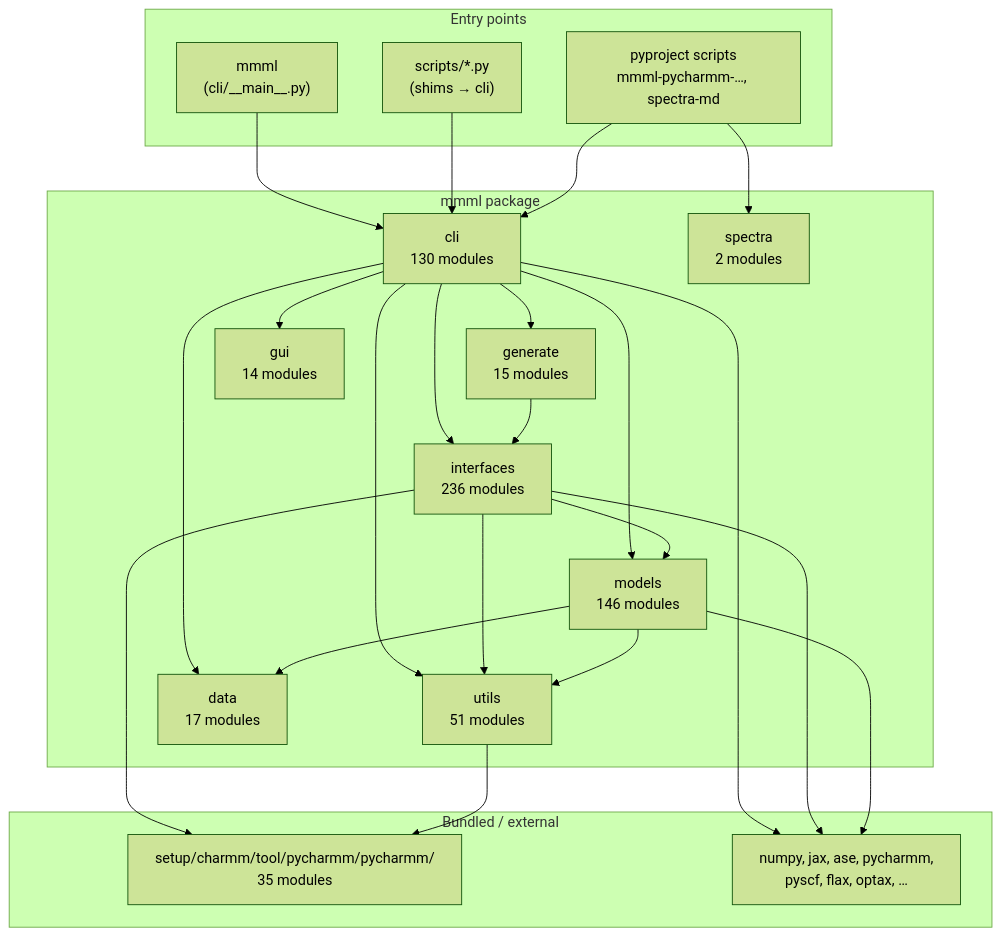
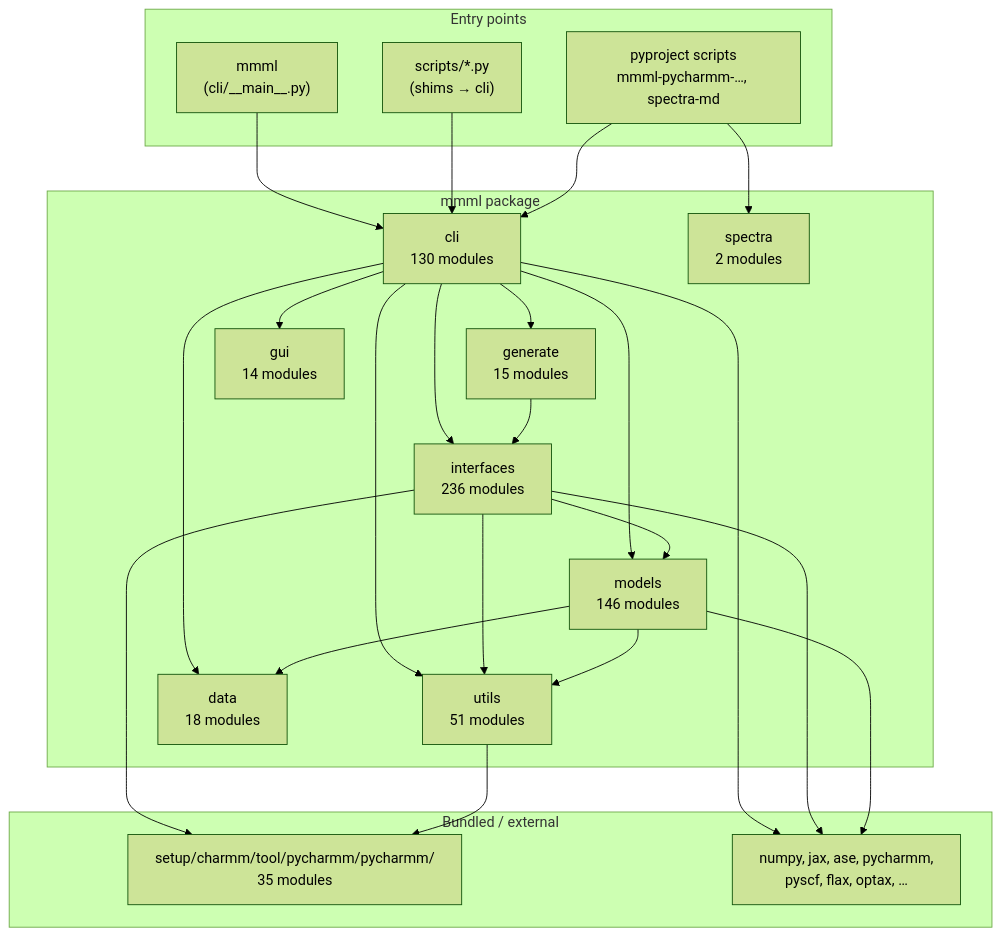
Before and after one commit to EricBoittier/mmml: the first of 8 diagrams in docs/package-architecture.md, drawn with Mermaid (forest theme). The commit also changed 2 other files, not shown here.

Commit message:
docs: regenerate efield-train CLI and architecture pages
Refresh generated docs so CI --diff matches argparse aliases,
the efield-train example line, and the extra data module.

````diff
--- a/docs/package-architecture.md
+++ b/docs/package-architecture.md
@@ -13,48 +13,48 @@
 ```mermaid
 flowchart TB
   subgraph entry["Entry points"]
     MMML["mmml\n(cli/__main__.py)"]
     SCRIPTS["scripts/*.py\n(shims → cli)"]
     PKG["pyproject scripts\nmmml-pycharmm-…, spectra-md"]
   end
 
   subgraph mmml_pkg["mmml package"]
     CLI["cli\n130 modules"]
     IFACE["interfaces\n236 modules"]
     MODELS["models\n146 modules"]
     UTILS["utils\n51 modules"]
-    DATA["data\n17 modules"]
+    DATA["data\n18 modules"]
     GEN["generate\n15 modules"]
     GUI["gui\n14 modules"]
     SPEC["spectra\n2 modules"]
   end
 
   subgraph vendor["Bundled / external"]
     PYCH["setup/charmm/tool/pycharmm/pycharmm/\n35 modules"]
     EXT["numpy, jax, ase, pycharmm,\npyscf, flax, optax, …"]
   end
 
   MMML --> CLI
   SCRIPTS --> CLI
   PKG --> CLI
   PKG --> SPEC
 
   CLI --> IFACE
   CLI --> MODELS
   CLI --> DATA
   CLI --> UTILS
   CLI --> GEN
   CLI --> GUI
 
   IFACE --> MODELS
   IFACE --> UTILS
   IFACE --> PYCH
   MODELS --> UTILS
   MODELS --> DATA
   UTILS --> PYCH
   GEN --> IFACE
 
   CLI --> EXT
   IFACE --> EXT
   MODELS --> EXT
 ```
````
